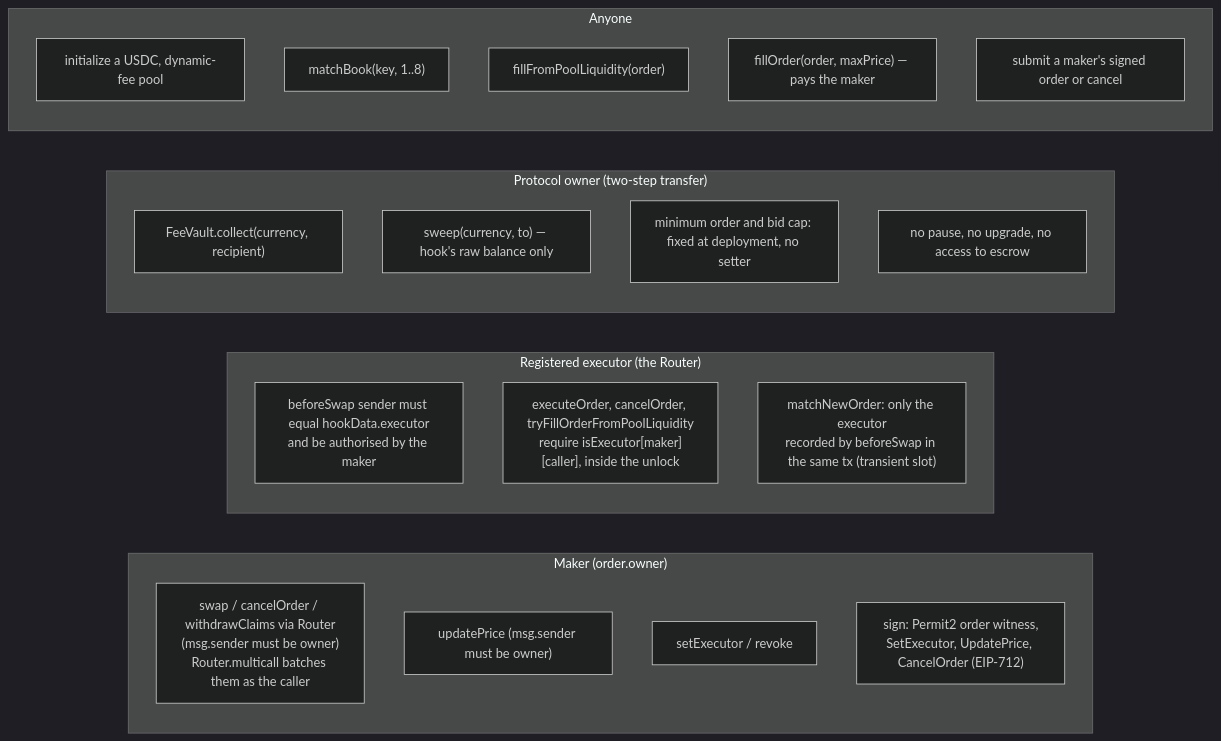
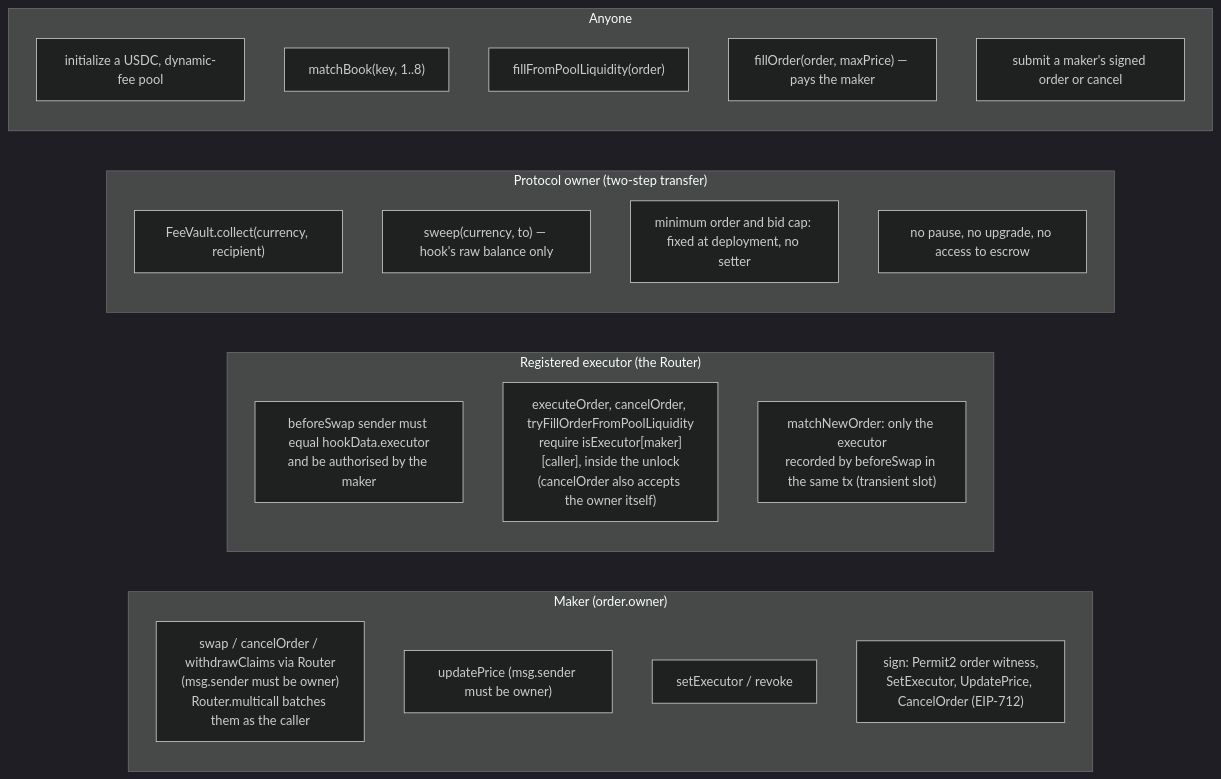
Before and after one commit to asyncswap/contracts: the fourth of 5 diagrams in docs/protocol.md, drawn with Mermaid (dark theme). The commit also changed other lines of this file and 3 other files, not shown here.

First line of the commit message:
Bring protocol diagrams in line with the code

````diff
--- a/docs/protocol.md
+++ b/docs/protocol.md
@@ -236,27 +242,27 @@
 ```mermaid
 flowchart LR
     subgraph MakerRights["Maker (order.owner)"]
         m1["swap / cancelOrder / withdrawClaims via Router<br/>(msg.sender must be owner)<br/>Router.multicall batches them as the caller"]
         m2["updatePrice (msg.sender must be owner)"]
         m3["setExecutor / revoke"]
         m4["sign: Permit2 order witness,<br/>SetExecutor, UpdatePrice, CancelOrder (EIP-712)"]
     end
     subgraph ExecutorRights["Registered executor (the Router)"]
         e1["beforeSwap sender must equal hookData.executor<br/>and be authorised by the maker"]
-        e2["executeOrder, cancelOrder, tryFillOrderFromPoolLiquidity<br/>require isExecutor[maker][caller], inside the unlock"]
+        e2["executeOrder, cancelOrder, tryFillOrderFromPoolLiquidity<br/>require isExecutor[maker][caller], inside the unlock<br/>(cancelOrder also accepts the owner itself)"]
         e3["matchNewOrder: only the executor<br/>recorded by beforeSwap in the same tx (transient slot)"]
     end
     subgraph OwnerRights["Protocol owner (two-step transfer)"]
         o1["FeeVault.collect(currency, recipient)"]
         o2["sweep(currency, to) — hook's raw balance only"]
         o3["minimum order and bid cap: fixed at deployment, no setter"]
         o4["no pause, no upgrade, no access to escrow"]
     end
     subgraph Public["Anyone"]
         p0["initialize a USDC, dynamic-fee pool"]
         p1["matchBook(key, 1..8)"]
         p2["fillFromPoolLiquidity(order)"]
         p3["fillOrder(order, maxPrice) — pays the maker"]
         p4["submit a maker's signed order or cancel"]
     end
 ```
````
